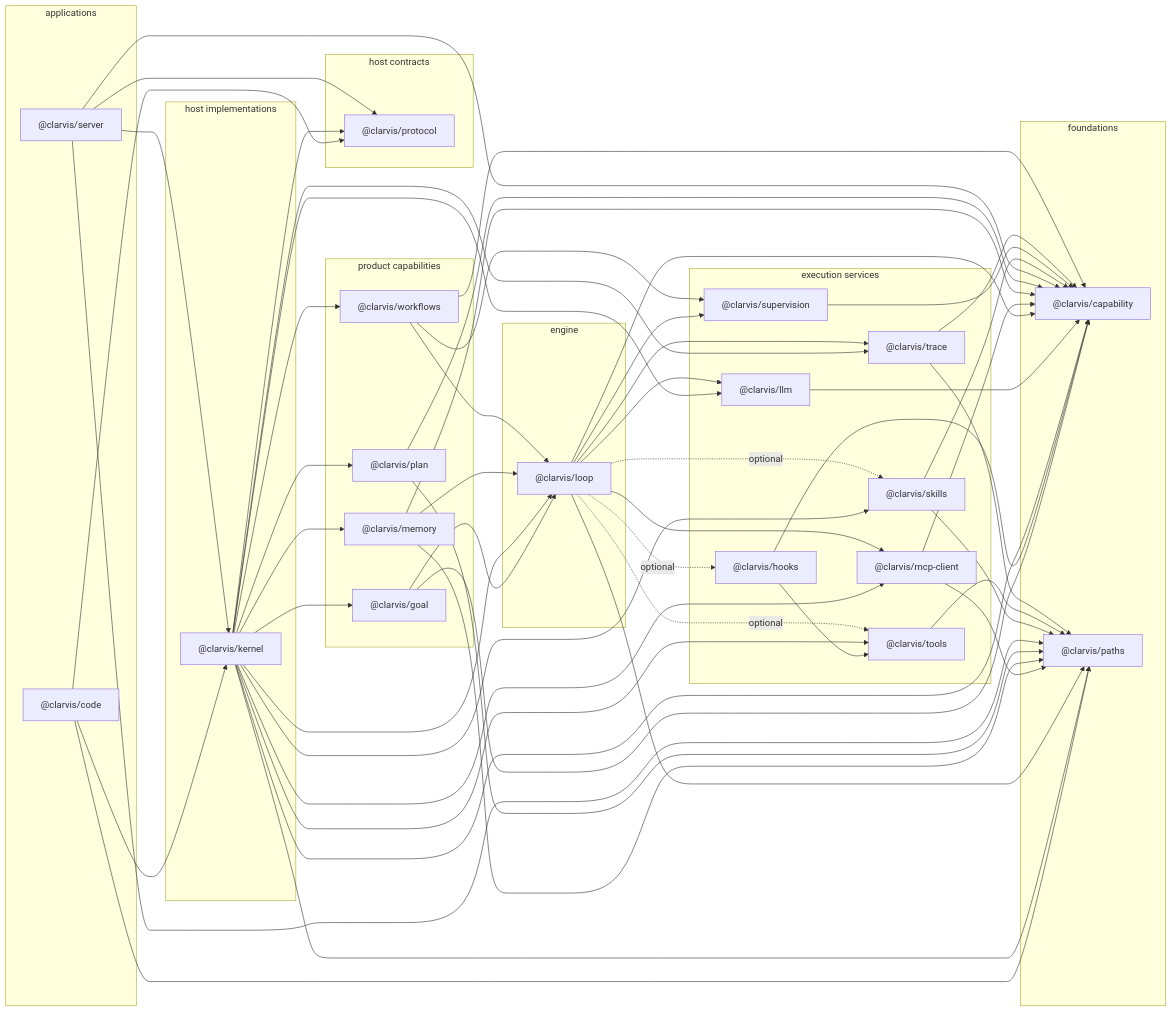
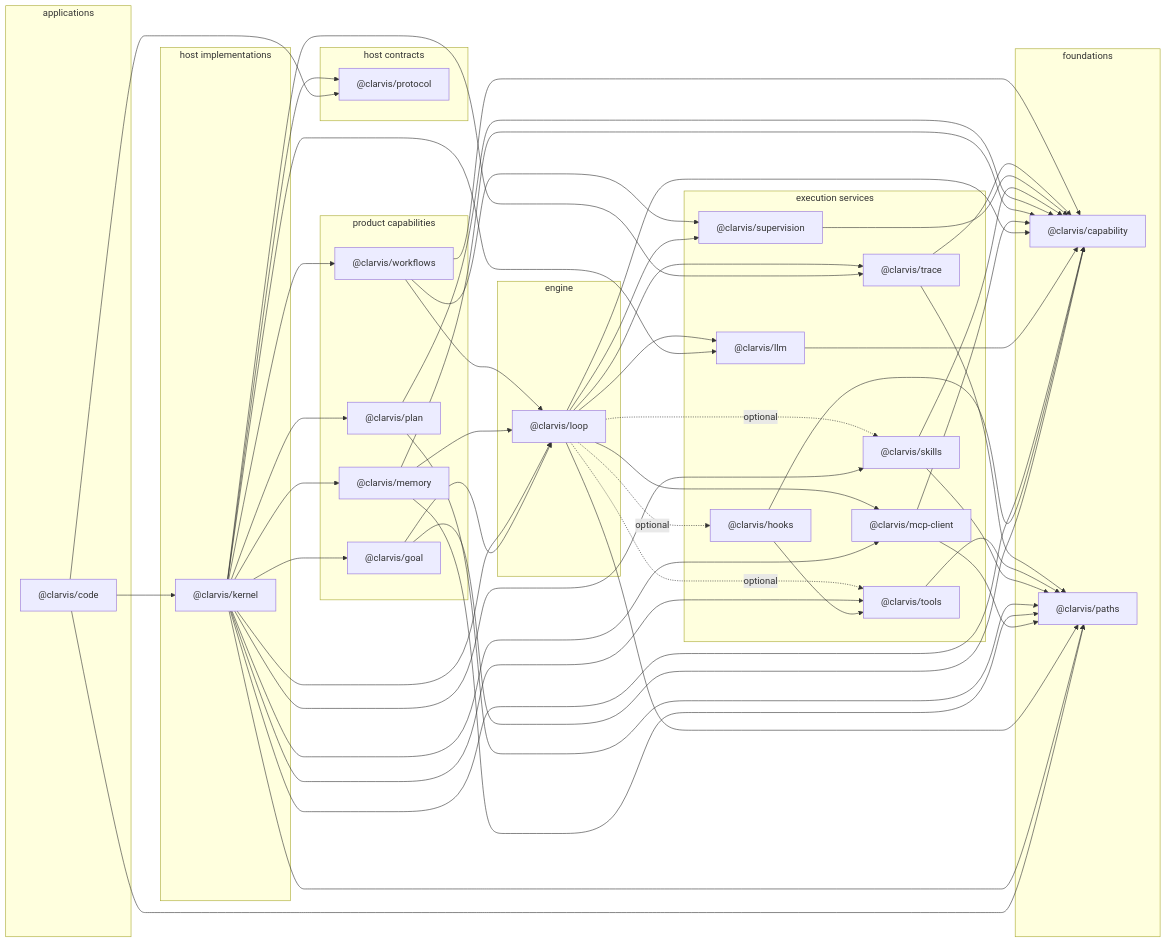
The diagram in specs/package-coupling-analysis.md (getclarvis/clarvis), drawn with Mermaid before and after one commit. The commit also changed other lines of this file and 126 other files, not shown here.

```diff
--- a/specs/package-coupling-analysis.md
+++ b/specs/package-coupling-analysis.md
@@ -82,7 +81,6 @@
   end
   subgraph role_application["applications"]
     code["@clarvis/code"]
-    server["@clarvis/server"]
   end
   code --> kernel
   code --> paths
@@ -121,10 +119,6 @@
   memory --> paths
   plan --> capability
   plan --> paths
-  server --> capability
-  server --> kernel
-  server --> paths
-  server --> protocol
   skills --> capability
   skills --> paths
   supervision --> capability
```
